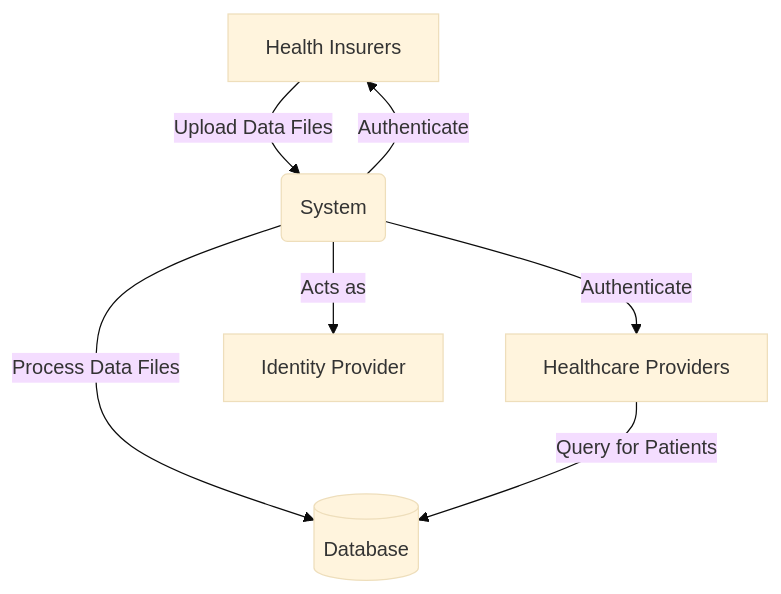
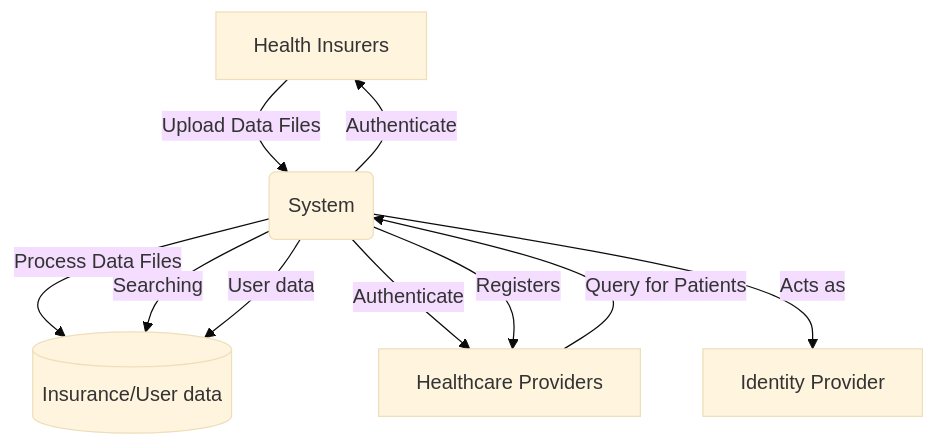
The diagram in docs/TheSolution/Index.md (rneeft/aspire-course-site), drawn with Mermaid (base theme) before and after one commit. The commit also changed 4 other files, not shown here.

````diff
--- a/docs/TheSolution/Index.md
+++ b/docs/TheSolution/Index.md
@@ -23,11 +23,14 @@
 ```mermaid
 graph TD;
     accTitle: System as Identity Provider and Data Flow
     accDescr: The system acts as an identity provider. Health insurers upload data files, which the system processes and stores in the database. Authenticated healthcare providers can query the database for their patients.
     HI[Health Insurers] -- Upload Data Files --> S(System)
-    S -- Process Data Files --> DB[(Database)]
+    S -- Process Data Files --> DB[(Insurance/User data)]
+    S -- Searching --> DB[(Insurance/User data)]
+    S -- User data --> DB[(Insurance/User data)]
     S -- Authenticate --> HI[Health Insurers]
     S -- Authenticate --> HCP[Healthcare Providers]
-    HCP -- Query for Patients --> DB
+    S -- Registers --> HCP[Healthcare Providers]
+    HCP -- Query for Patients --> S
     S -- Acts as --> IDP[Identity Provider]
 ```
````
